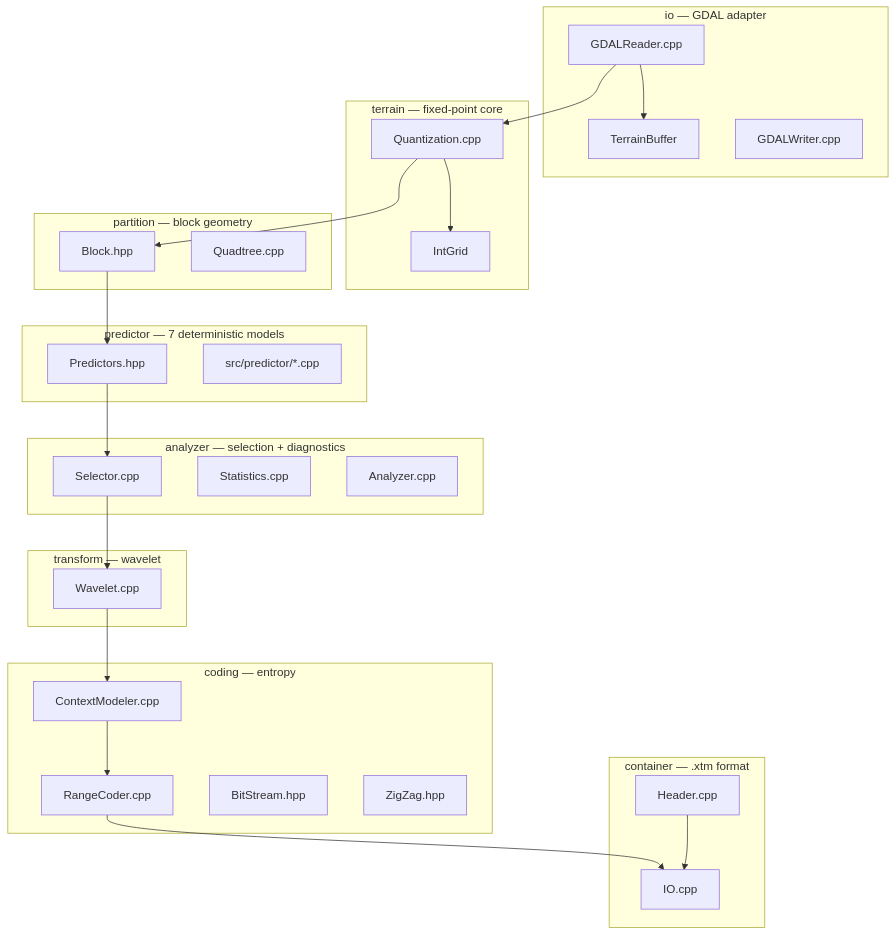
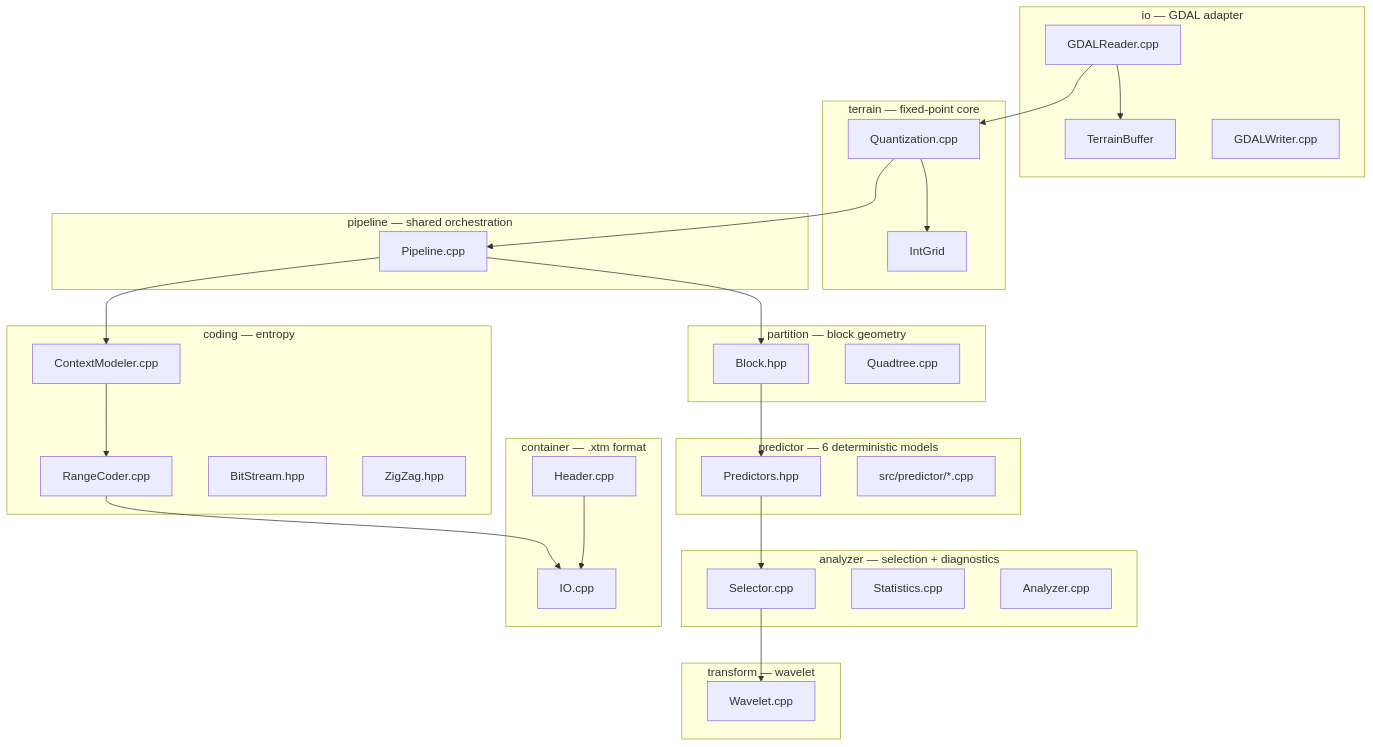
Before and after one commit to yashwk/libxtm: the first of 10 diagrams in docs/pipeline.md, drawn with Mermaid. The commit also changed other lines of this file and 2 other files, not shown here.

Commit message:
update README.md , pipeline.md

````diff
--- a/docs/pipeline.md
+++ b/docs/pipeline.md
@@ -9,48 +9,52 @@
 ```mermaid
 flowchart TB
     subgraph io["io — GDAL adapter"]
         A1[GDALReader.cpp] --> A2[TerrainBuffer]
         A3[GDALWriter.cpp]
     end
 
     subgraph terrain["terrain — fixed-point core"]
         B1[Quantization.cpp] --> B2[IntGrid]
     end
 
     subgraph partition["partition — block geometry"]
         C1[Block.hpp]
         C2[Quadtree.cpp]
     end
 
-    subgraph predictor["predictor — 7 deterministic models"]
+    subgraph predictor["predictor — 6 deterministic models"]
         D1[Predictors.hpp]
         D2[src/predictor/*.cpp]
     end
 
     subgraph analyzer["analyzer — selection + diagnostics"]
         E1[Selector.cpp]
         E2[Statistics.cpp]
         E3[Analyzer.cpp]
     end
 
     subgraph transform["transform — wavelet"]
         F1[Wavelet.cpp]
     end
 
     subgraph coding["coding — entropy"]
         G1[RangeCoder.cpp]
         G2[ContextModeler.cpp]
         G3[BitStream.hpp]
         G4[ZigZag.hpp]
     end
 
+    subgraph pipeline["pipeline — shared orchestration"]
+        P1[Pipeline.cpp]
+    end
+
     subgraph container["container — .xtm format"]
         H1[Header.cpp]
         H2[IO.cpp]
     end
 
-    A1 --> B1 --> C1 --> D1
-    D1 --> E1
-    E1 --> F1 --> G2 --> G1 --> H2
+    A1 --> B1 --> P1 --> G2 --> G1 --> H2
+    P1 --> C1 --> D1 --> E1
+    E1 --> F1
     H1 --> H2
 ```
````
